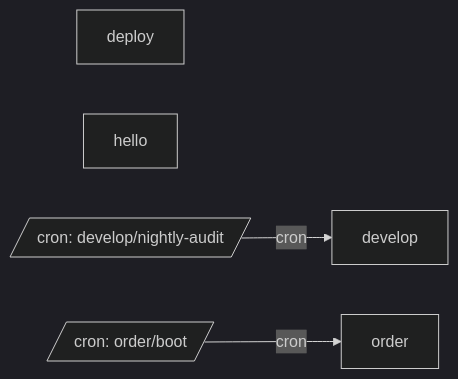
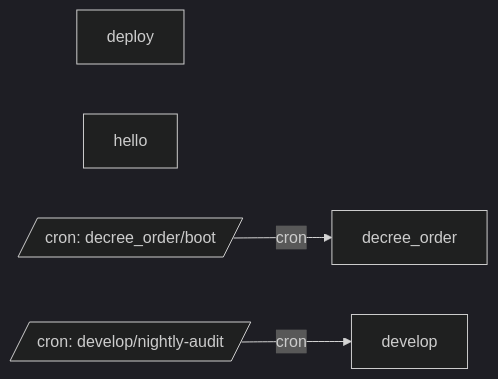
Before and after one commit to jtmckay/decree: the diagram in examples/project/.decree/system.md, drawn with Mermaid (dark theme). The commit also changed other lines of this file and 184 other files, not shown here.

````diff
--- a/examples/project/.decree/system.md
+++ b/examples/project/.decree/system.md
@@ -10,11 +10,11 @@
 ```mermaid
 flowchart LR
+    decree_order["decree_order"]
     deploy["deploy"]
     develop["develop"]
     hello["hello"]
-    order["order"]
+    cron__decree_order_boot[/"cron: decree_order/boot"/]
     cron__develop_nightly_audit[/"cron: develop/nightly-audit"/]
-    cron__order_boot[/"cron: order/boot"/]
+    cron__decree_order_boot -->|cron| decree_order
     cron__develop_nightly_audit -->|cron| develop
-    cron__order_boot -->|cron| order
 ```
````
